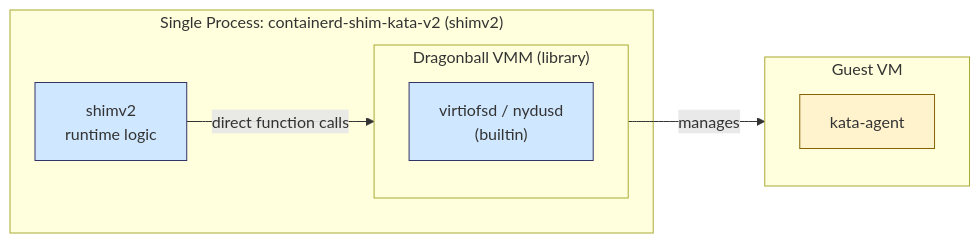
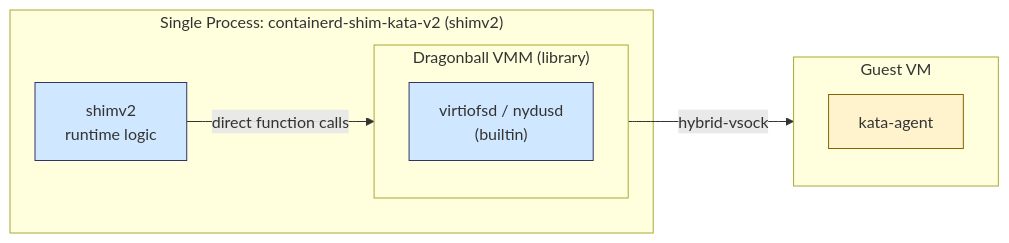
One commit to Apokleos/kata-containers changed the third of 6 diagrams in docs/design/architecture_4.0/README.md. Above: the diagram before and after it, drawn with Mermaid. The commit also changed other lines of this file, not shown here.

First line of the commit message:
docs: refine Built-in VMM diagrams with direct-function-calls and hybrid-vsock labels

````diff
--- a/docs/design/architecture_4.0/README.md
+++ b/docs/design/architecture_4.0/README.md
@@ -126,22 +127,22 @@
 ```mermaid
 graph LR
     subgraph SingleProcess["Single Process: containerd-shim-kata-v2 (shimv2)"]
         shimv2["shimv2\nruntime logic"]
         subgraph dragonball["Dragonball VMM (library)"]
             helpers["virtiofsd / nydusd\n(builtin)"]
         end
         shimv2 -->|"direct function calls"| dragonball
     end
 
     subgraph GuestVM["Guest VM"]
         agent["kata-agent"]
     end
 
-    dragonball -->|"manages"| GuestVM
+    dragonball -->|"hybrid-vsock"| GuestVM
 
     classDef proc fill:#d0e8ff,stroke:#336,stroke-width:1px
     classDef vm fill:#d4edda,stroke:#155724,stroke-width:1px
     classDef ag fill:#fff3cd,stroke:#856404,stroke-width:1px
     class shimv2,helpers proc
     class agent ag
 ```
````
